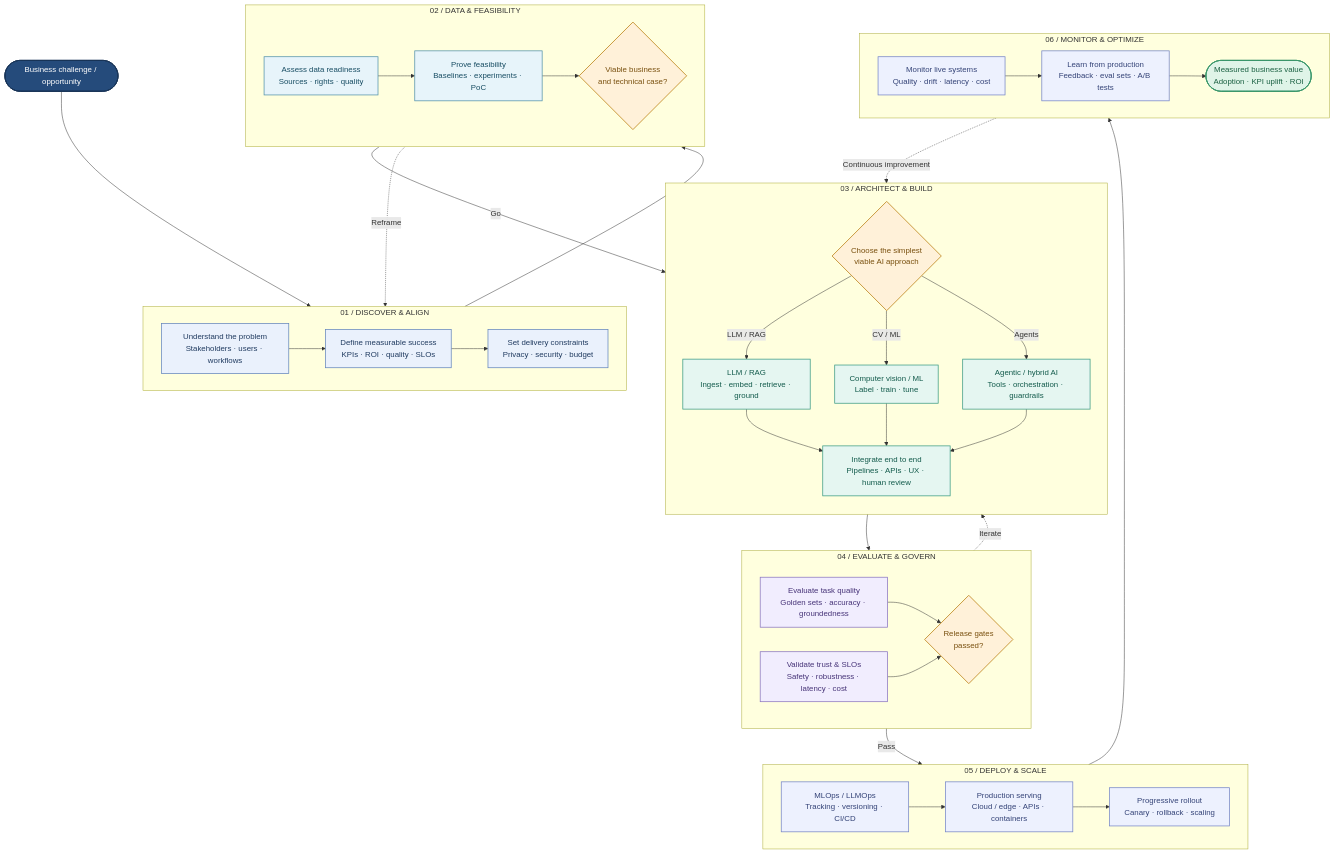
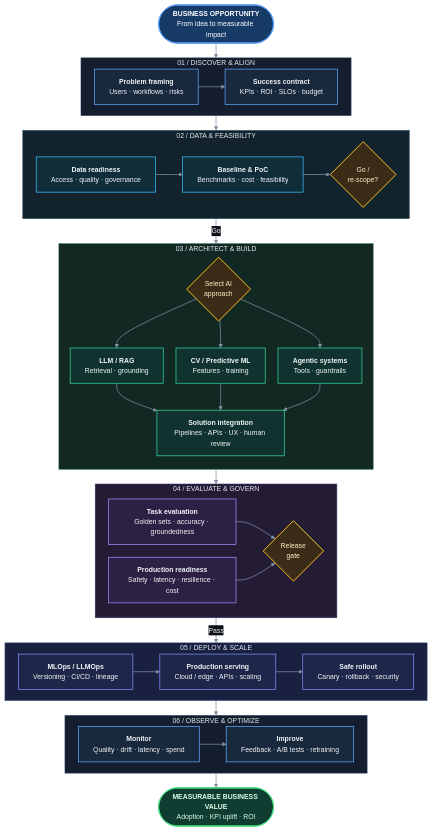
One commit to Daniil-Horobets/Daniil-Horobets changed the diagram in README.md. Above: the diagram before and after it, drawn with Mermaid. The commit also changed other lines of this file, not shown here.

````diff
--- a/README.md
+++ b/README.md
@@ -89,79 +91,77 @@
 ```mermaid
+%%{init: {"theme":"base","themeVariables":{"background":"#0D1117","primaryColor":"#111827","primaryTextColor":"#F1F5F9","primaryBorderColor":"#334155","lineColor":"#8291A7","clusterBkg":"#151D2B","clusterBorder":"#344256","textColor":"#F1F5F9","edgeLabelBackground":"#0D1117","fontFamily":"Inter, Segoe UI, Arial, sans-serif","fontSize":"14px"},"flowchart":{"curve":"basis","nodeSpacing":26,"rankSpacing":30,"htmlLabels":true}}}%%
 flowchart TB
-    START(["Business challenge / opportunity"]):::entry
+    START(["<b>BUSINESS OPPORTUNITY</b><br/>From idea to measurable impact"]):::hero
 
-    subgraph DISCOVERY["01  /  DISCOVER & ALIGN"]
+    subgraph S1["01  /  DISCOVER & ALIGN"]
         direction LR
-        NEED["Understand the problem<br/>Stakeholders · users · workflows"]:::strategy
-        TARGET["Define measurable success<br/>KPIs · ROI · quality · SLOs"]:::strategy
-        TRUST["Set delivery constraints<br/>Privacy · security · budget"]:::strategy
-        NEED --> TARGET --> TRUST
+        A["<b>Problem framing</b><br/>Users · workflows · risks"]:::blue
+        B["<b>Success contract</b><br/>KPIs · ROI · SLOs · budget"]:::blue
+        A --> B
     end
 
-    subgraph FEASIBILITY["02  /  DATA & FEASIBILITY"]
+    subgraph S2["02  /  DATA & FEASIBILITY"]
         direction LR
-        AUDIT["Assess data readiness<br/>Sources · rights · quality"]:::data
-        BASE["Prove feasibility<br/>Baselines · experiments · PoC"]:::data
-        GO{"Viable business<br/>and technical case?"}:::gate
-        AUDIT --> BASE --> GO
+        C["<b>Data readiness</b><br/>Access · quality · governance"]:::cyan
+        D["<b>Baseline & PoC</b><br/>Benchmarks · cost · feasibility"]:::cyan
+        E{"Go /<br/>re-scope?"}:::decision
+        C --> D --> E
     end
 
-    subgraph BUILD["03  /  ARCHITECT & BUILD"]
+    subgraph S3["03  /  ARCHITECT & BUILD"]
         direction TB
-        CHOICE{"Choose the simplest<br/>viable AI approach"}:::gate
-        RAG["LLM / RAG<br/>Ingest · embed · retrieve · ground"]:::model
-        VISION["Computer vision / ML<br/>Label · train · tune"]:::model
-        AGENTS["Agentic / hybrid AI<br/>Tools · orchestration · guardrails"]:::model
-        SYSTEM["Integrate end to end<br/>Pipelines · APIs · UX · human review"]:::model
-        CHOICE -->|LLM / RAG| RAG
-        CHOICE -->|CV / ML| VISION
-        CHOICE -->|Agents| AGENTS
-        RAG --> SYSTEM
-        VISION --> SYSTEM
-        AGENTS --> SYSTEM
+        F{"Select AI<br/>approach"}:::decision
+        G["<b>LLM / RAG</b><br/>Retrieval · grounding"]:::teal
+        H["<b>CV / Predictive ML</b><br/>Features · training"]:::teal
+        I["<b>Agentic systems</b><br/>Tools · guardrails"]:::teal
+        J["<b>Solution integration</b><br/>Pipelines · APIs · UX · human review"]:::teal
+        F --> G & H & I
+        G & H & I --> J
     end
 
-    subgraph EVALUATION["04  /  EVALUATE & GOVERN"]
+    subgraph S4["04  /  EVALUATE & GOVERN"]
         direction LR
-        OFFLINE["Evaluate task quality<br/>Golden sets · accuracy · groundedness"]:::validation
-        NONFUNC["Validate trust & SLOs<br/>Safety · robustness · latency · cost"]:::validation
-        GATE{"Release gates<br/>passed?"}:::gate
-        OFFLINE --> GATE
-        NONFUNC --> GATE
+        K["<b>Task evaluation</b><br/>Golden sets · accuracy · groundedness"]:::violet
+        L["<b>Production readiness</b><br/>Safety · latency · resilience · cost"]:::violet
+        M{"Release<br/>gate"}:::decision
+        K --> M
+        L --> M
     end
 
-    subgraph PRODUCTION["05  /  DEPLOY & SCALE"]
+    subgraph S5["05  /  DEPLOY & SCALE"]
         direction LR
-        OPS["MLOps / LLMOps<br/>Tracking · versioning · CI/CD"]:::operations
-        SERVE["Production serving<br/>Cloud / edge · APIs · containers"]:::operations
-        ROLL["Progressive rollout<br/>Canary · rollback · scaling"]:::operations
-        OPS --> SERVE --> ROLL
+        N["<b>MLOps / LLMOps</b><br/>Versioning · CI/CD · lineage"]:::indigo
+        O["<b>Production serving</b><br/>Cloud / edge · APIs · scaling"]:::indigo
+        P["<b>Safe rollout</b><br/>Canary · rollback · security"]:::indigo
+        N --> O --> P
     end
 
-    subgraph OBSERVABILITY["06  /  MONITOR & OPTIMIZE"]
+    subgraph S6["06  /  OBSERVE & OPTIMIZE"]
         direction LR
-        WATCH["Monitor live systems<br/>Quality · drift · latency · cost"]:::operations
-        LEARN["Learn from production<br/>Feedback · eval sets · A/B tests"]:::operations
-        VALUE(["Measured business value<br/>Adoption · KPI uplift · ROI"]):::outcome
-        WATCH --> LEARN --> VALUE
+        Q["<b>Monitor</b><br/>Quality · drift · latency · spend"]:::blue
+        R["<b>Improve</b><br/>Feedback · A/B tests · retraining"]:::blue
+        Q --> R
     end
 
-    START --> DISCOVERY
-    DISCOVERY --> FEASIBILITY
-    FEASIBILITY -->|Go| BUILD
-    FEASIBILITY -. Reframe .-> DISCOVERY
-    BUILD --> EVALUATION
-    EVALUATION -->|Pass| PRODUCTION
-    EVALUATION -. Iterate .-> BUILD
-    PRODUCTION --> OBSERVABILITY
-    OBSERVABILITY -. Continuous improvement .-> BUILD
+    RESULT(["<b>MEASURABLE BUSINESS VALUE</b><br/>Adoption · KPI uplift · ROI"]):::success
 
-    classDef entry fill:#254B7B,stroke:#183457,color:#FFFFFF,stroke-width:2px;
-    classDef strategy fill:#EAF1FC,stroke:#6385BC,color:#203B60,stroke-width:1.5px;
-    classDef data fill:#E7F4FA,stroke:#5291AA,color:#184D63,stroke-width:1.5px;
-    classDef model fill:#E5F6F1,stroke:#3A9A83,color:#135B4C,stroke-width:1.5px;
-    classDef validation fill:#F1EDFE,stroke:#8A75BF,color:#473478,stroke-width:1.5px;
-    classDef gate fill:#FFF1D9,stroke:#C9993D,color:#79500F,stroke-width:2px;
-    classDef operations fill:#EDF1FE,stroke:#7585C7,color:#344377,stroke-width:1.5px;
-    classDef outcome fill:#DFF4E8,stroke:#39966A,color:#1B6143,stroke-width:2px;
+    START --> S1 --> S2 -->|Go| S3 --> S4 -->|Pass| S5 --> S6 --> RESULT
+
+    classDef hero fill:#183A66,stroke:#60A5FA,color:#FFFFFF,stroke-width:2px;
+    classDef blue fill:#18283D,stroke:#60A5FA,color:#F1F5F9,stroke-width:1.5px;
+    classDef cyan fill:#102D3A,stroke:#38BDF8,color:#F1F5F9,stroke-width:1.5px;
+    classDef teal fill:#10332F,stroke:#34D399,color:#F1F5F9,stroke-width:1.5px;
+    classDef violet fill:#2C2144,stroke:#A78BFA,color:#F1F5F9,stroke-width:1.5px;
+    classDef indigo fill:#1E2749,stroke:#818CF8,color:#F1F5F9,stroke-width:1.5px;
+    classDef decision fill:#3A2C17,stroke:#FBBF24,color:#FEF3C7,stroke-width:2px;
+    classDef success fill:#103D31,stroke:#4ADE80,color:#DCFCE7,stroke-width:2px;
+
+    style S1 fill:#141E2E,stroke:#334965,stroke-width:1px,color:#E2E8F0
+    style S2 fill:#13232E,stroke:#285169,stroke-width:1px,color:#E2E8F0
+    style S3 fill:#122823,stroke:#276258,stroke-width:1px,color:#E2E8F0
+    style S4 fill:#241B35,stroke:#564279,stroke-width:1px,color:#E2E8F0
+    style S5 fill:#1A2140,stroke:#485A93,stroke-width:1px,color:#E2E8F0
+    style S6 fill:#141E2E,stroke:#334965,stroke-width:1px,color:#E2E8F0
+
+    linkStyle default stroke:#8190A5,stroke-width:1.5px;
 ```
````
